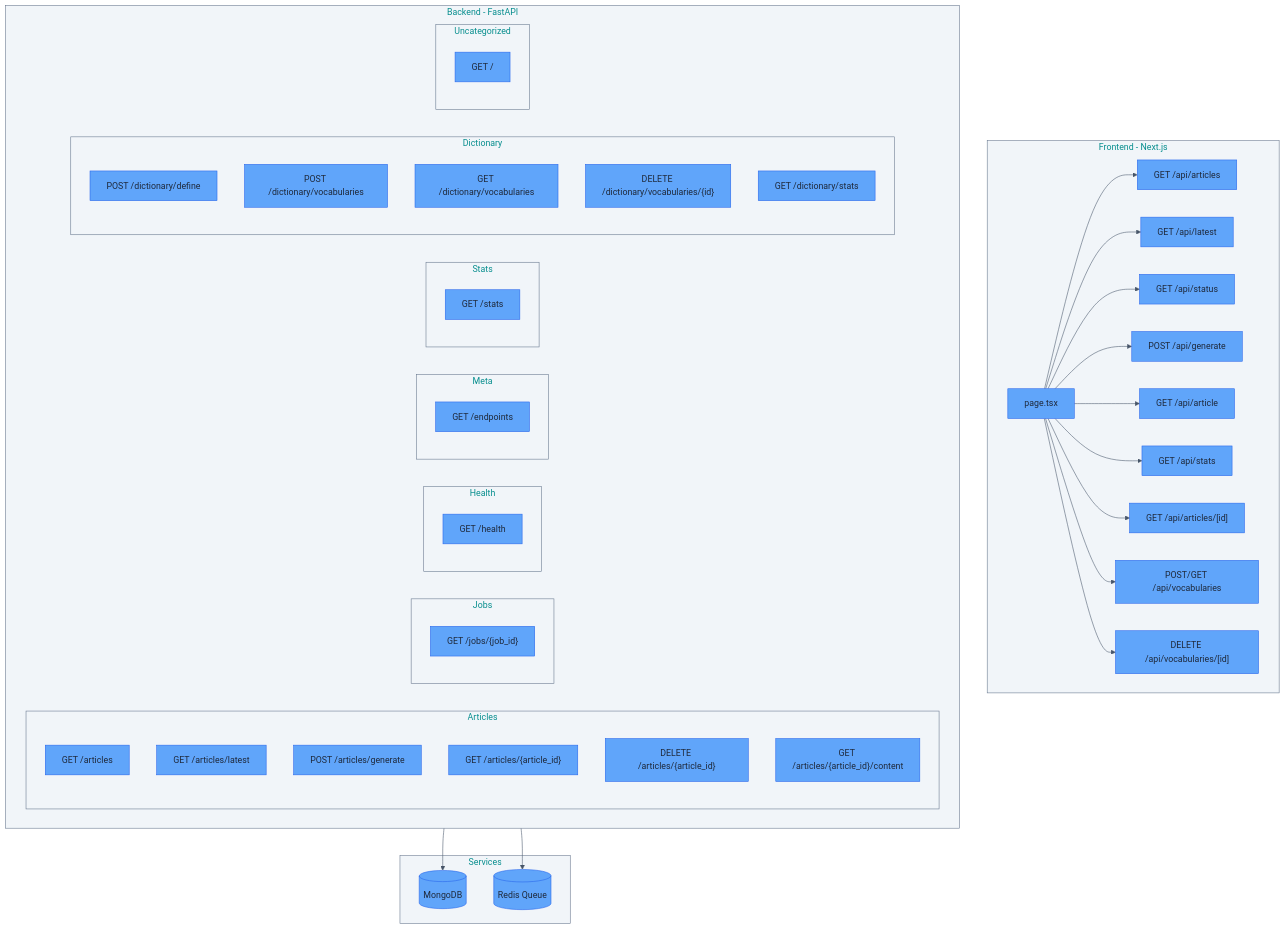
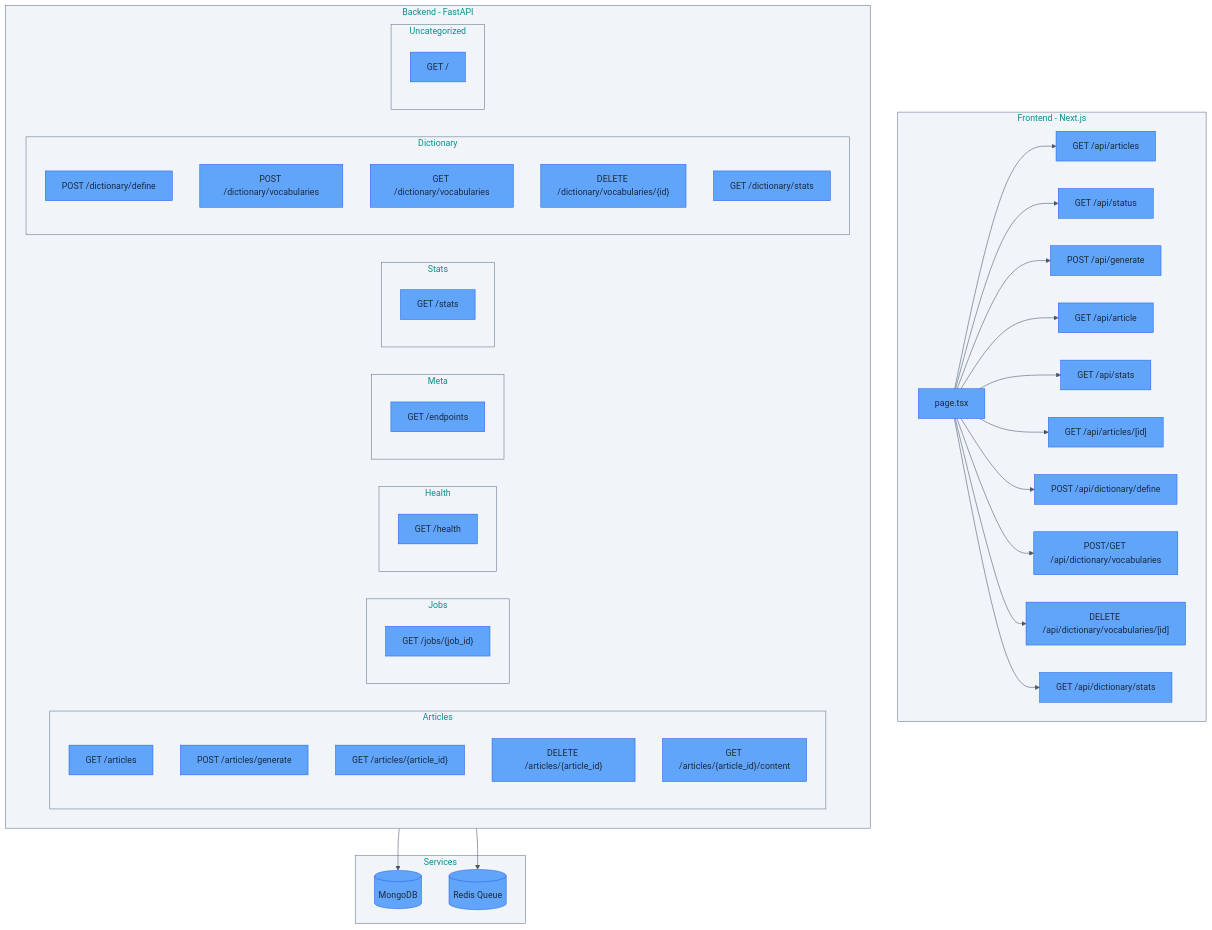
Before and after one commit to seung-gu/opad: the first of 3 diagrams in REFERENCE.md, drawn with Mermaid. The commit also changed other lines of this file and 11 other files, not shown here.

````diff
--- a/REFERENCE.md
+++ b/REFERENCE.md
@@ -11,65 +11,66 @@
 ```mermaid
 %%{init: {'theme':'base', 'themeVariables': {'primaryColor':'#60a5fa','primaryTextColor':'#1e293b','primaryBorderColor':'#2563eb','lineColor':'#475569','secondaryColor':'#4ade80','tertiaryColor':'#f87171','clusterBkg':'#f1f5f9','clusterBorder':'#64748b'}}}%%
 graph TB
     subgraph Frontend["Frontend - Next.js"]
         FE["page.tsx"]
         API__api_articles["GET /api/articles"]
         FE --> API__api_articles
-        API__api_latest["GET /api/latest"]
-        FE --> API__api_latest
         API__api_status["GET /api/status"]
         FE --> API__api_status
         API__api_generate["POST /api/generate"]
         FE --> API__api_generate
         API__api_article["GET /api/article"]
         FE --> API__api_article
         API__api_stats["GET /api/stats"]
         FE --> API__api_stats
         API__api_articles_id["GET /api/articles/[id]"]
         FE --> API__api_articles_id
-        API__api_vocabularies["POST/GET /api/vocabularies"]
-        FE --> API__api_vocabularies
-        API__api_vocabularies_id["DELETE /api/vocabularies/[id]"]
-        FE --> API__api_vocabularies_id
+        API__api_dictionary_define["POST /api/dictionary/define"]
+        FE --> API__api_dictionary_define
+        API__api_dictionary_vocabularies["POST/GET /api/dictionary/vocabularies"]
+        FE --> API__api_dictionary_vocabularies
+        API__api_dictionary_vocabularies_id["DELETE /api/dictionary/vocabularies/[id]"]
+        FE --> API__api_dictionary_vocabularies_id
+        API__api_dictionary_stats["GET /api/dictionary/stats"]
+        FE --> API__api_dictionary_stats
     end
 
     subgraph Backend["Backend - FastAPI"]
         subgraph Articles["Articles"]
             FastAPI__articles["GET /articles"]
-            FastAPI__articles_latest["GET /articles/latest"]
             FastAPI__articles_generate["POST /articles/generate"]
             FastAPI__articles_get["GET /articles/{article_id}"]
             FastAPI__articles_delete["DELETE /articles/{article_id}"]
             FastAPI__articles_content["GET /articles/{article_id}/content"]
         end
         subgraph Jobs["Jobs"]
             FastAPI__jobs_job_id["GET /jobs/{job_id}"]
         end
         subgraph Health["Health"]
             FastAPI__health["GET /health"]
         end
         subgraph Meta["Meta"]
             FastAPI__endpoints["GET /endpoints"]
         end
         subgraph Stats["Stats"]
             FastAPI__stats["GET /stats"]
         end
         subgraph Dictionary["Dictionary"]
             FastAPI__dictionary_define["POST /dictionary/define"]
             FastAPI__dictionary_vocab_post["POST /dictionary/vocabularies"]
             FastAPI__dictionary_vocab_get["GET /dictionary/vocabularies"]
             FastAPI__dictionary_vocab_delete["DELETE /dictionary/vocabularies/{id}"]
             FastAPI__dictionary_stats["GET /dictionary/stats"]
         end
         subgraph Uncategorized["Uncategorized"]
             FastAPI__root["GET /"]
         end
     end
 
     subgraph Services["Services"]
         MongoDB[("MongoDB")]
         Redis[("Redis Queue")]
     end
     Backend --> MongoDB
     Backend --> Redis
 ```
````
